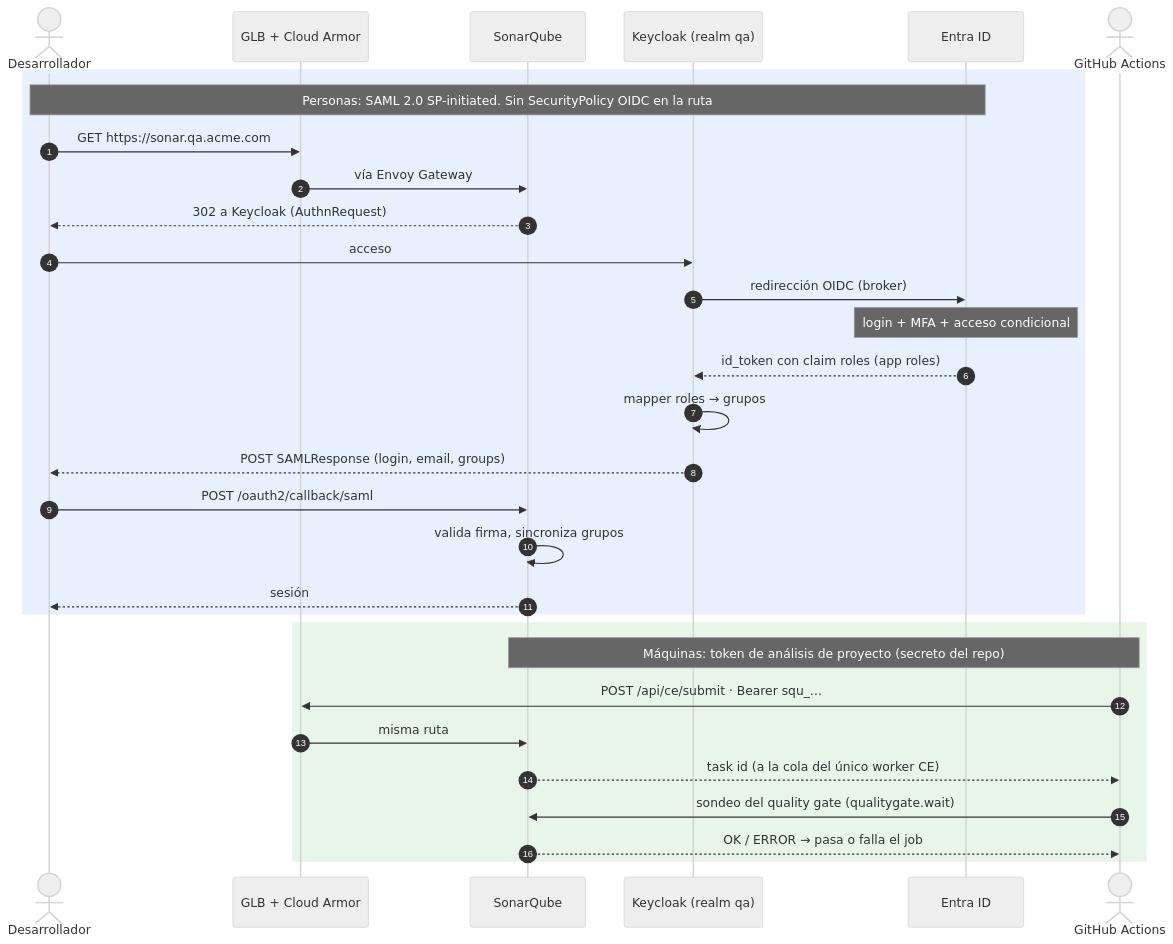
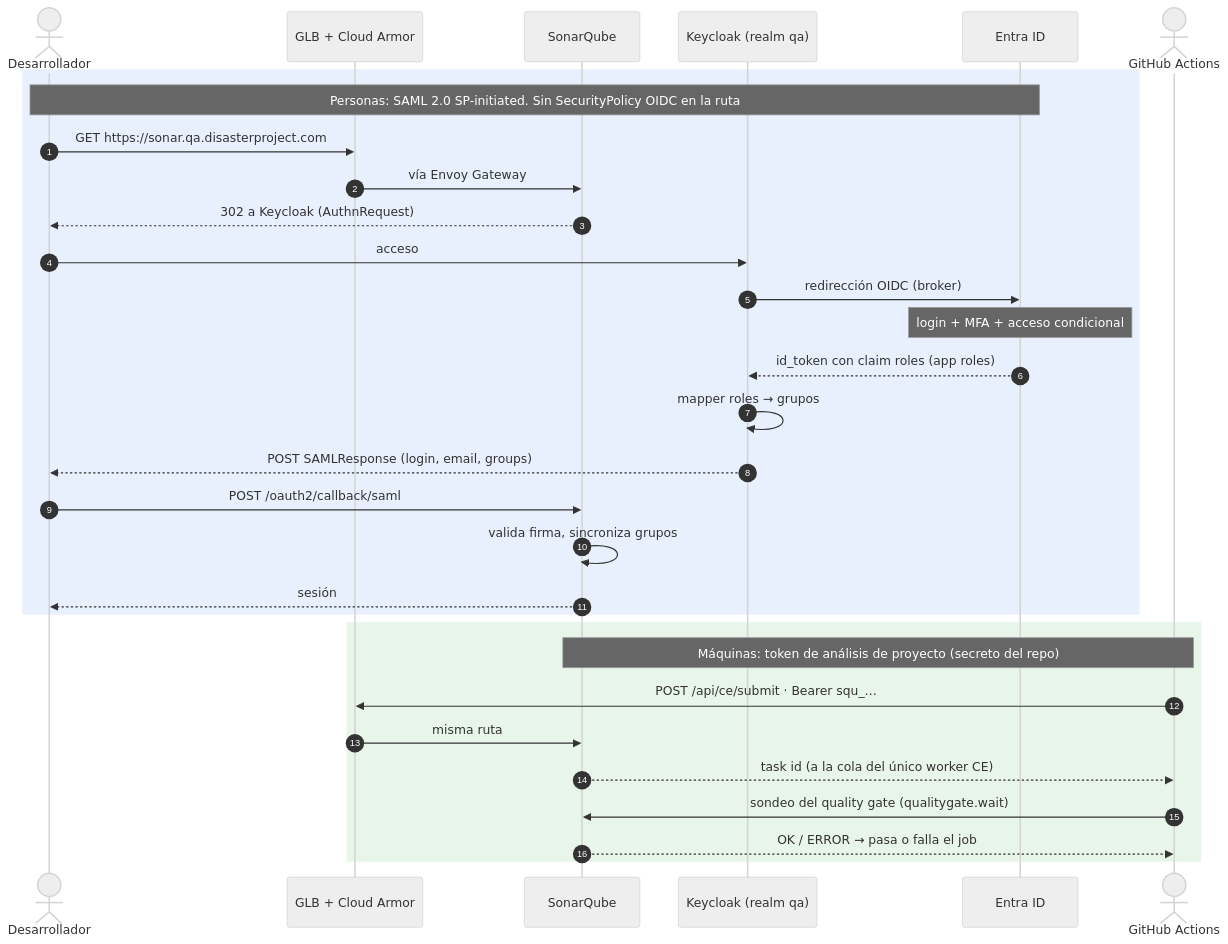
One commit to aescanero/proposal_documents changed the diagram in docs/proposals/sonarqube-qa/diagrams/05-autenticacion.mmd. Above: the diagram before and after it, drawn with Mermaid (neutral theme). The commit also changed 21 other files, not shown here.

First line of the commit message:
Rename example organisation: acme.com -> disasterproject.com, acme -> disasterproject

```diff
--- a/docs/proposals/sonarqube-qa/diagrams/05-autenticacion.mmd
+++ b/docs/proposals/sonarqube-qa/diagrams/05-autenticacion.mmd
@@ -1,33 +1,33 @@
 sequenceDiagram
     autonumber
     actor U as Desarrollador
     participant LB as GLB + Cloud Armor
     participant SQ as SonarQube
     participant KC as Keycloak (realm qa)
     participant UP as Entra ID
     actor CI as GitHub Actions
 
     rect rgb(232, 240, 254)
     Note over U,UP: Personas: SAML 2.0 SP-initiated. Sin SecurityPolicy OIDC en la ruta
-    U->>LB: GET https://sonar.qa.acme.com
+    U->>LB: GET https://sonar.qa.disasterproject.com
     LB->>SQ: vía Envoy Gateway
     SQ-->>U: 302 a Keycloak (AuthnRequest)
     U->>KC: acceso
     KC->>UP: redirección OIDC (broker)
     Note over UP: login + MFA + acceso condicional
     UP-->>KC: id_token con claim roles (app roles)
     KC->>KC: mapper roles → grupos
     KC-->>U: POST SAMLResponse (login, email, groups)
     U->>SQ: POST /oauth2/callback/saml
     SQ->>SQ: valida firma, sincroniza grupos
     SQ-->>U: sesión
     end
 
     rect rgb(232, 245, 233)
     Note over CI,SQ: Máquinas: token de análisis de proyecto (secreto del repo)
     CI->>LB: POST /api/ce/submit · Bearer squ_…
     LB->>SQ: misma ruta
     SQ-->>CI: task id (a la cola del único worker CE)
     CI->>SQ: sondeo del quality gate (qualitygate.wait)
     SQ-->>CI: OK / ERROR → pasa o falla el job
     end
```
